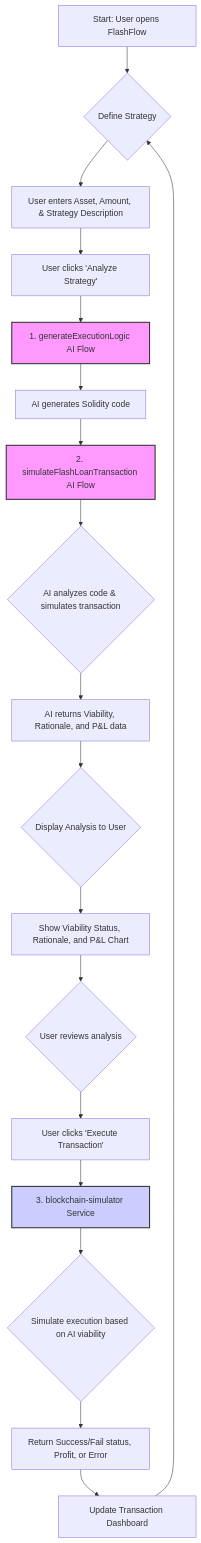
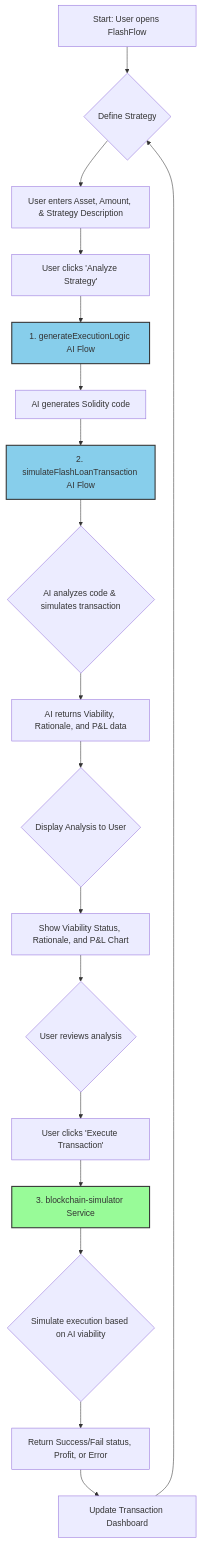
The diagram in README.md (Sharmamayankkkk/FlashFlow), drawn with Mermaid before and after one commit. The commit also changed other lines of this file, not shown here.

Commit message:
There seems to be colour conflicts. Fix them.

````diff
--- a/README.md
+++ b/README.md
@@ -46,24 +46,24 @@
 ```mermaid
 graph TD
     A[Start: User opens FlashFlow] --> B{Define Strategy};
     B --> C["User enters Asset, Amount, & Strategy Description"];
     C --> D["User clicks 'Analyze Strategy'"];
     D --> E["1. generateExecutionLogic AI Flow"];
     E --> F["AI generates Solidity code"];
     F --> G["2. simulateFlashLoanTransaction AI Flow"];
     G --> H{"AI analyzes code & simulates transaction"};
     H --> I["AI returns Viability, Rationale, and P&L data"];
     I --> J{"Display Analysis to User"};
     J --> K["Show Viability Status, Rationale, and P&L Chart"];
     K --> L{"User reviews analysis"};
     L --> M["User clicks 'Execute Transaction'"];
     M --> N["3. blockchain-simulator Service"];
     N --> O{"Simulate execution based on AI viability"};
     O --> P["Return Success/Fail status, Profit, or Error"];
     P --> Q["Update Transaction Dashboard"];
     Q --> B;
 
-    style E fill:#f9f,stroke:#333,stroke-width:2px;
-    style G fill:#f9f,stroke:#333,stroke-width:2px;
-    style N fill:#ccf,stroke:#333,stroke-width:2px;
+    style E fill:#87CEEB,stroke:#333,stroke-width:2px;
+    style G fill:#87CEEB,stroke:#333,stroke-width:2px;
+    style N fill:#98FB98,stroke:#333,stroke-width:2px;
 ```
````
